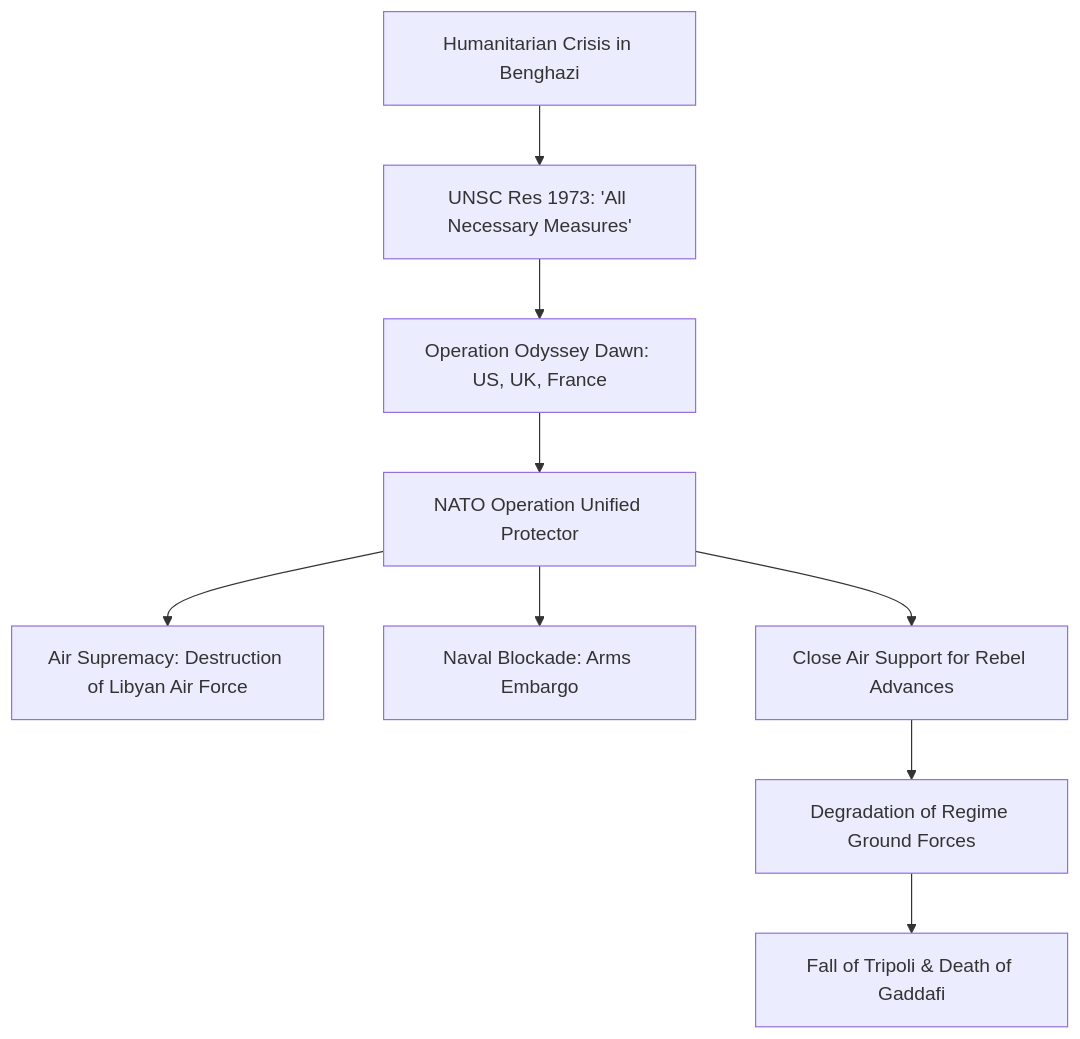
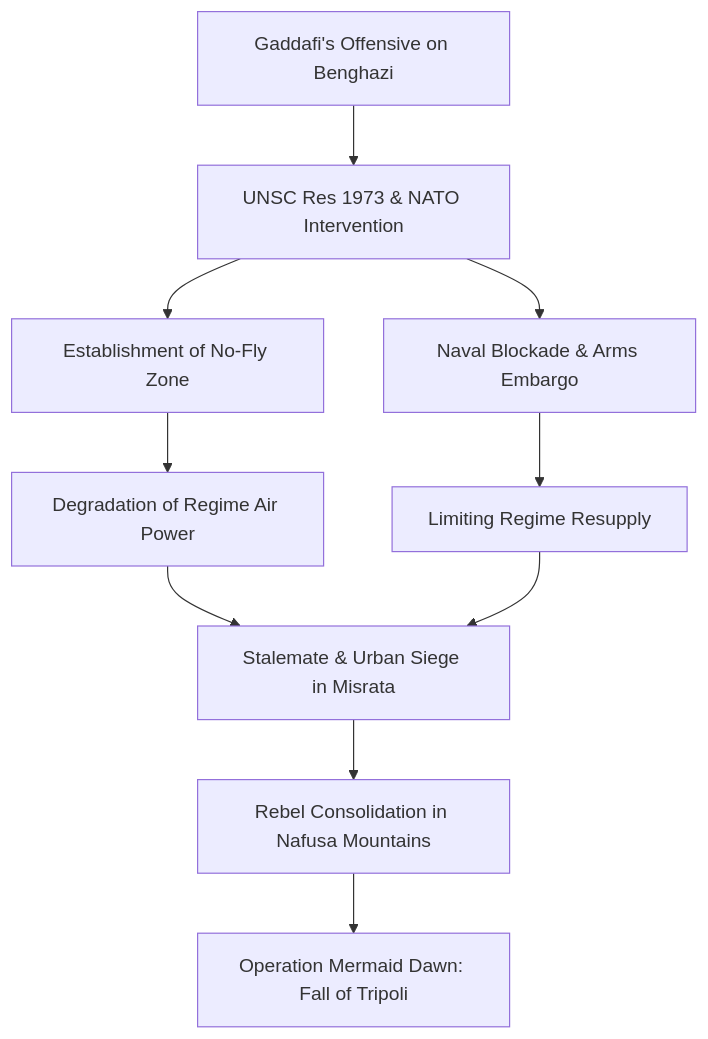
The diagram in History/Contemporary/HIST - The Libyan Revolution.md (rayyan-41/de-anima), drawn with Mermaid before and after one commit. The commit also changed other lines of this file and 3 other files, not shown here.

````diff
--- a/History/Contemporary/HIST - The Libyan Revolution.md
+++ b/History/Contemporary/HIST - The Libyan Revolution.md
@@ -52,11 +73,11 @@
 ```mermaid
 graph TD
-    A[Humanitarian Crisis in Benghazi] --> B[UNSC Res 1973: 'All Necessary Measures']
-    B --> C[Operation Odyssey Dawn: US, UK, France]
-    C --> D[NATO Operation Unified Protector]
-    D --> E[Air Supremacy: Destruction of Libyan Air Force]
-    D --> F[Naval Blockade: Arms Embargo]
-    D --> G[Close Air Support for Rebel Advances]
-    G --> H[Degradation of Regime Ground Forces]
-    H --> I[Fall of Tripoli & Death of Gaddafi]
+    A[Gaddafi's Offensive on Benghazi] --> B[UNSC Res 1973 & NATO Intervention]
+    B --> C[Establishment of No-Fly Zone]
+    B --> D[Naval Blockade & Arms Embargo]
+    C --> E[Degradation of Regime Air Power]
+    D --> F[Limiting Regime Resupply]
+    E & F --> G[Stalemate & Urban Siege in Misrata]
+    G --> H[Rebel Consolidation in Nafusa Mountains]
+    H --> I[Operation Mermaid Dawn: Fall of Tripoli]
 ```
````
